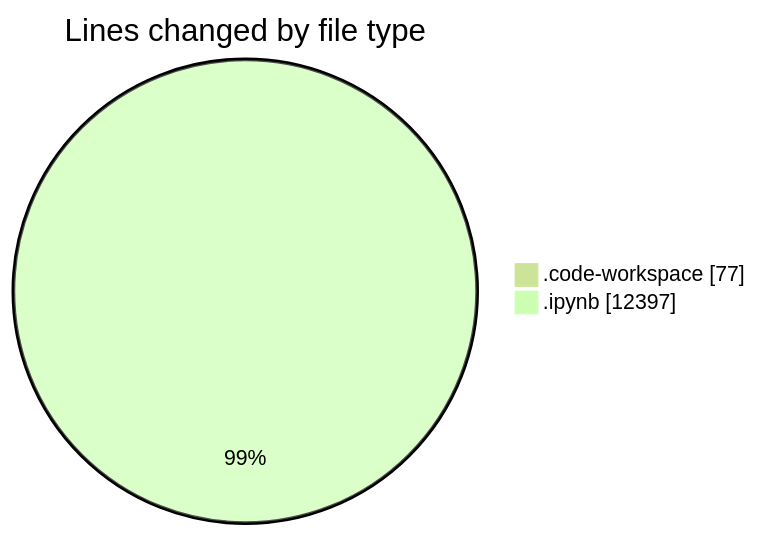
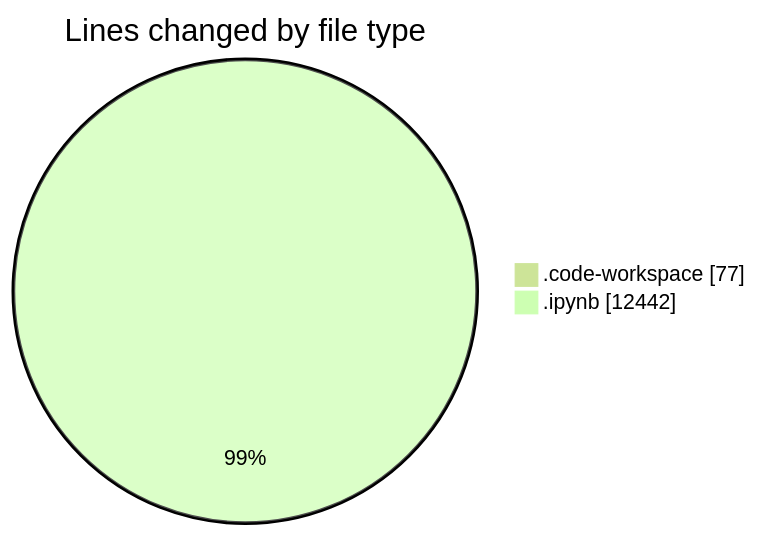
One commit to MatusMokan/code-tracking changed the first of 2 diagrams in 2025-03-14/myws__workspace_/README.md. Above: the diagram before and after it, drawn with Mermaid (forest theme). The commit also changed other lines of this file and 1 other file, not shown here.

````diff
--- a/2025-03-14/myws__workspace_/README.md
+++ b/2025-03-14/myws__workspace_/README.md
@@ -21,6 +21,6 @@
 ```mermaid
 pie showData
 title Lines changed by file type
 ".code-workspace" : 77
-".ipynb" : 12397
+".ipynb" : 12442
 ```
````
